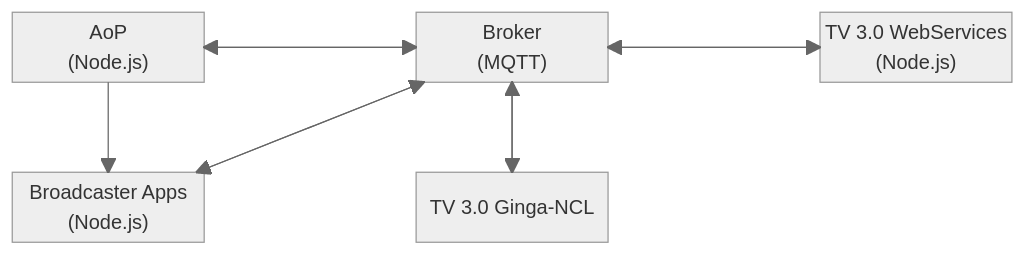
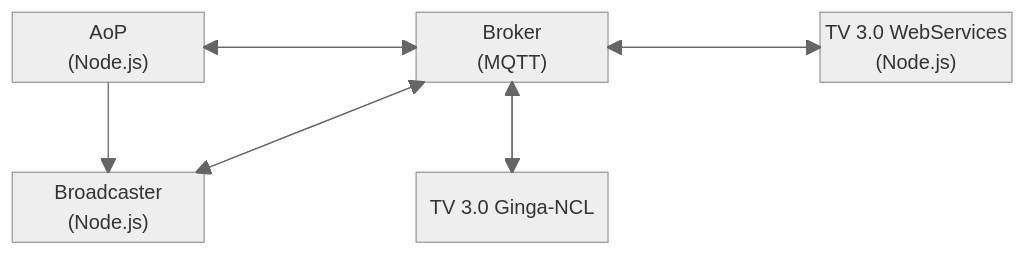
The diagram in README.md (multisens/TV30), drawn with Mermaid before and after one commit. The commit also changed other lines of this file and 8 other files, not shown here.

````diff
--- a/README.md
+++ b/README.md
@@ -16,21 +16,21 @@
 ```mermaid
 ---
 config:
   look: handDrawn
   theme: neutral
 ---
 block-beta
    columns 5
    TV["AoP\n(Node.js)"] space B["Broker\n(MQTT)"] space WS["TV 3.0 WebServices\n(Node.js)"]
    TV --> B
    B --> TV
    WS --> B
    B --> WS
    space:5
-   APP["Broadcaster Apps\n(Node.js)"] space NCL["TV 3.0 Ginga-NCL"]
+   APP["Broadcaster\n(Node.js)"] space NCL["TV 3.0 Ginga-NCL"]
    B --> NCL
    NCL --> B
    TV --> APP
    APP --> B
    B --> APP
 ```
````
